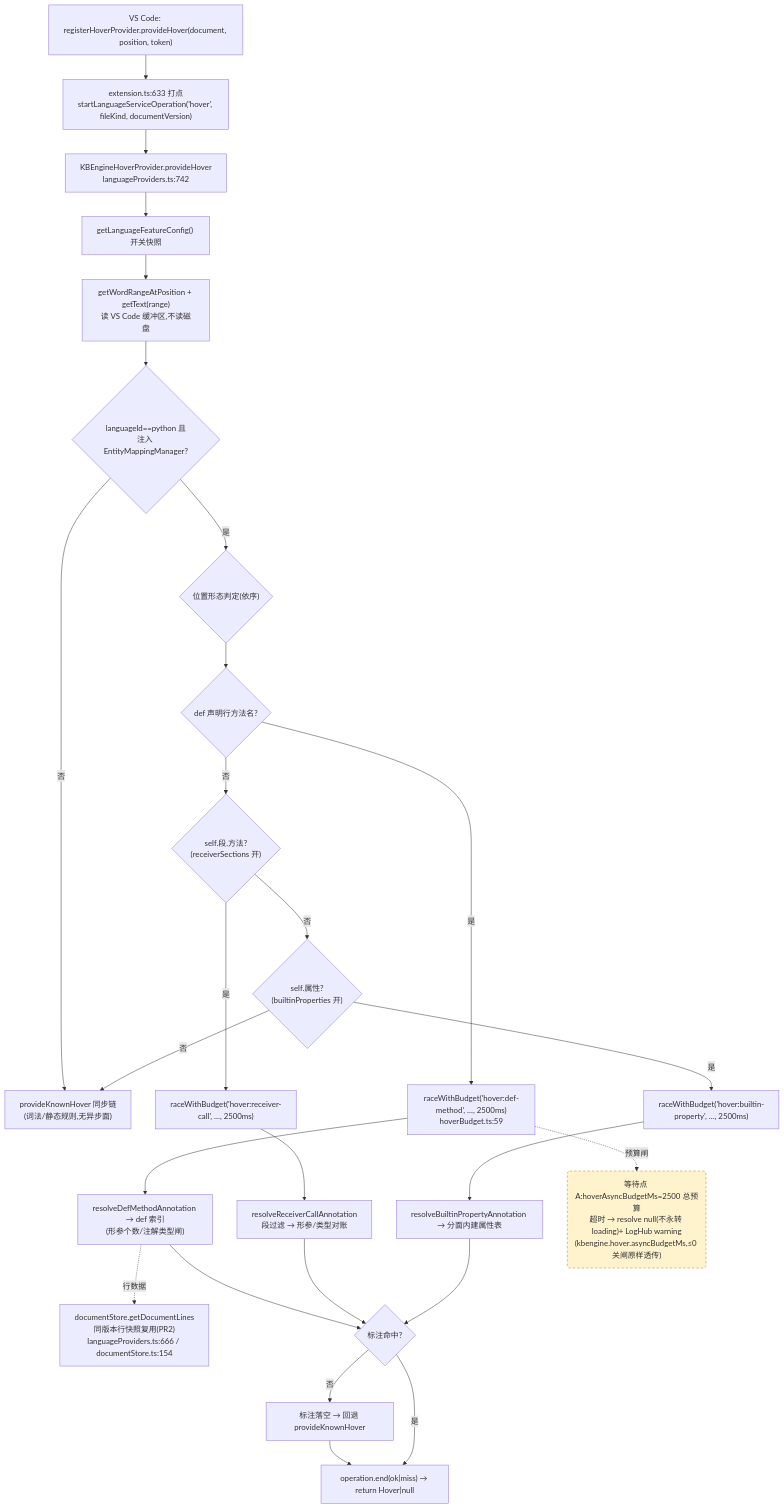
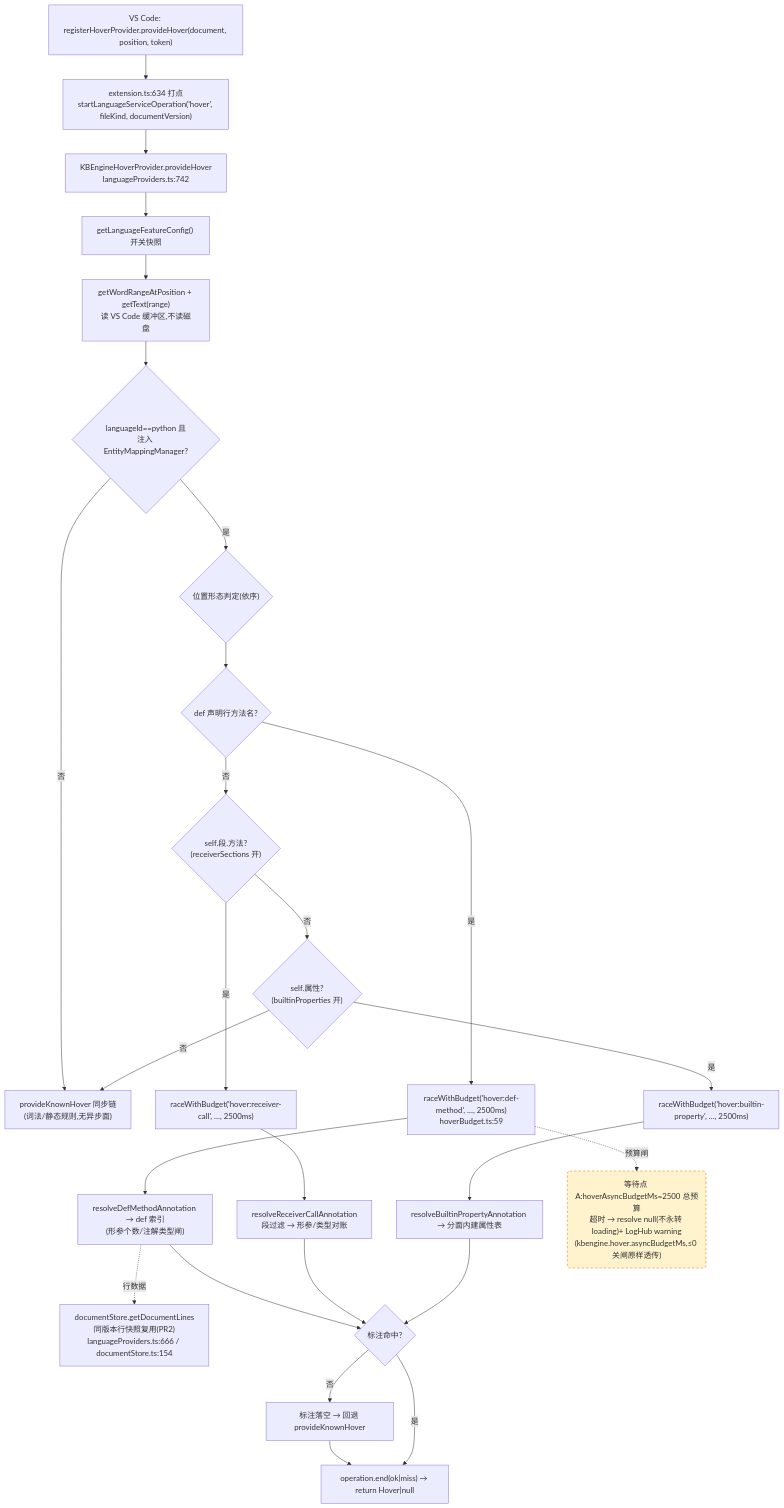
One commit to cuihairu/kode changed the first of 4 diagrams in docs/perf/2026-baseline.md. Above: the diagram before and after it, drawn with Mermaid. The commit also changed other lines of this file and 9 other files, not shown here.

````diff
--- a/docs/perf/2026-baseline.md
+++ b/docs/perf/2026-baseline.md
@@ -82,45 +82,45 @@
 ```mermaid
 flowchart TD
   VC1["VS Code: registerHoverProvider.provideHover(document, position, token)"]
-  M1["extension.ts:633 打点<br/>startLanguageServiceOperation('hover', fileKind, documentVersion)"]
+  M1["extension.ts:634 打点<br/>startLanguageServiceOperation('hover', fileKind, documentVersion)"]
   HP["KBEngineHoverProvider.provideHover<br/>languageProviders.ts:742"]
   CFG["getLanguageFeatureConfig() 开关快照"]
   WORD["getWordRangeAtPosition + getText(range)<br/>读 VS Code 缓冲区,不读磁盘"]
   BR{"languageId==python 且<br/>注入 EntityMappingManager?"}
   KN["provideKnownHover 同步链<br/>(词法/静态规则,无异步面)"]
   POS{"位置形态判定(依序)"}
   D1{"def 声明行方法名?"}
   D2{"self.段.方法?<br/>(receiverSections 开)"}
   D3{"self.属性?<br/>(builtinProperties 开)"}
   RA1["raceWithBudget('hover:def-method', …, 2500ms)<br/>hoverBudget.ts:59"]
   RA2["raceWithBudget('hover:receiver-call', …, 2500ms)"]
   RA3["raceWithBudget('hover:builtin-property', …, 2500ms)"]
   RS1["resolveDefMethodAnnotation → def 索引<br/>(形参个数/注解类型闸)"]
   RS2["resolveReceiverCallAnnotation<br/>段过滤 → 形参/类型对账"]
   RS3["resolveBuiltinPropertyAnnotation → 分面内建属性表"]
   LINES["documentStore.getDocumentLines<br/>同版本行快照复用(PR2)<br/>languageProviders.ts:666 / documentStore.ts:154"]
   MISS["标注落空 → 回退 provideKnownHover"]
   END1["operation.end(ok|miss) → return Hover|null"]
 
   VC1 --> M1 --> HP --> CFG --> WORD --> BR
   BR -- "否" --> KN
   BR -- "是" --> POS --> D1
   D1 -- "是" --> RA1 --> RS1
   D1 -- "否" --> D2
   D2 -- "是" --> RA2 --> RS2
   D2 -- "否" --> D3
   D3 -- "是" --> RA3 --> RS3
   D3 -- "否" --> KN
   RS1 --> HIT{"标注命中?"}
   RS2 --> HIT
   RS3 --> HIT
   RS1 -.->|行数据| LINES
   HIT -- "否" --> MISS --> END1
   HIT -- "是" --> END1
 
   WAITA("等待点 A:hoverAsyncBudgetMs=2500 总预算<br/>超时 → resolve null(不永转 loading)+ LogHub warning<br/>(kbengine.hover.asyncBudgetMs,≤0 关闸原样透传)")
   RA1 -.->|预算闸| WAITA
 
   classDef waitPoint fill:#fff3cd,stroke:#d97706,stroke-dasharray:5 4;
   class WAITA waitPoint;
 ```
````
